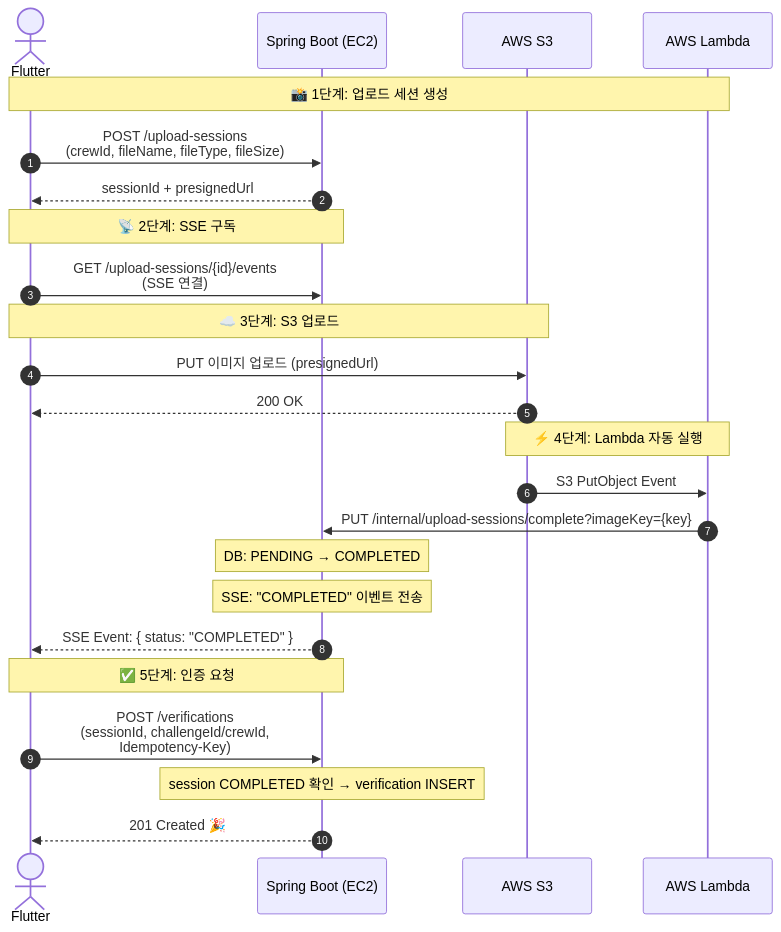
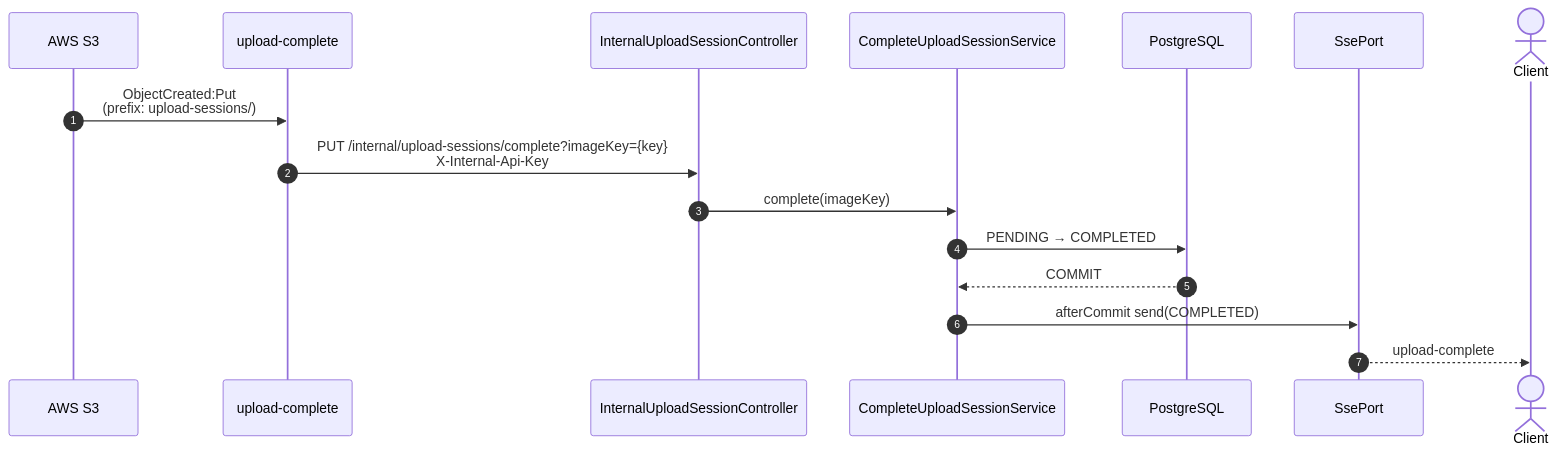
Before and after one commit to JianYang98/TriAgain: the diagram in docs/spec/photo-upload-lambda-sse.md, drawn with Mermaid. The commit also changed other lines of this file and 18 other files, not shown here.

````diff
--- a/docs/spec/photo-upload-lambda-sse.md
+++ b/docs/spec/photo-upload-lambda-sse.md
@@ -23,38 +9,19 @@
 ```mermaid
 sequenceDiagram
     autonumber
-    actor Client as Flutter
-    participant Server as Spring Boot (EC2)
     participant S3 as AWS S3
-    participant Lambda as AWS Lambda
-    
-    Note over Client,Lambda: 📸 1단계: 업로드 세션 생성
-    
-    Client->>Server: POST /upload-sessions<br/>(crewId, fileName, fileType, fileSize)
-    Server-->>Client: sessionId + presignedUrl
-    
-    Note over Client,Server: 📡 2단계: SSE 구독
-    
-    Client->>Server: GET /upload-sessions/{id}/events<br/>(SSE 연결)
-    
-    Note over Client,S3: ☁️ 3단계: S3 업로드
-    
-    Client->>S3: PUT 이미지 업로드 (presignedUrl)
-    S3-->>Client: 200 OK
-    
-    Note over S3,Lambda: ⚡ 4단계: Lambda 자동 실행
-    
-    S3->>Lambda: S3 PutObject Event
-    Lambda->>Server: PUT /internal/upload-sessions/complete?imageKey={key}
-    
-    Note over Server: DB: PENDING → COMPLETED
-    Note over Server: SSE: "COMPLETED" 이벤트 전송
-    
-    Server-->>Client: SSE Event: { status: "COMPLETED" }
-    
-    Note over Client,Server: ✅ 5단계: 인증 요청
+    participant Lambda as upload-complete
+    participant Internal as InternalUploadSessionController
+    participant Service as CompleteUploadSessionService
+    participant DB as PostgreSQL
+    participant SSE as SsePort
+    actor Client
 
-    Client->>Server: POST /verifications<br/>(sessionId, challengeId/crewId,<br/>Idempotency-Key)
-    Note over Server: session COMPLETED 확인 → verification INSERT
-    Server-->>Client: 201 Created 🎉
+    S3->>Lambda: ObjectCreated:Put<br/>(prefix: upload-sessions/)
+    Lambda->>Internal: PUT /internal/upload-sessions/complete?imageKey={key}<br/>X-Internal-Api-Key
+    Internal->>Service: complete(imageKey)
+    Service->>DB: PENDING → COMPLETED
+    DB-->>Service: COMMIT
+    Service->>SSE: afterCommit send(COMPLETED)
+    SSE-->>Client: upload-complete
 ```
````
